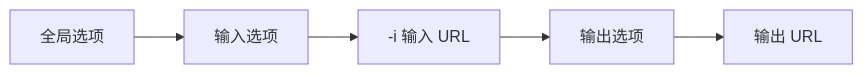
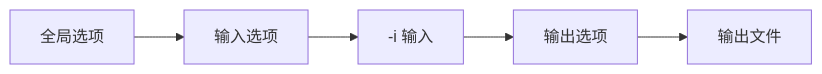
One commit to flycodeu/FlyCodeCenter changed the second of 2 diagrams in src/content/tutorial/ffmpeg/01-核心知识与学习指南.md. Above: the diagram before and after it, drawn with Mermaid. The commit also changed other lines of this file and 10 other files, not shown here.

````diff
--- a/src/content/tutorial/ffmpeg/01-核心知识与学习指南.md
+++ b/src/content/tutorial/ffmpeg/01-核心知识与学习指南.md
@@ -86,7 +92,7 @@
 ```mermaid
 flowchart LR
   A[全局选项] --> B[输入选项]
-  B --> C[-i 输入 URL]
+  B --> C[-i 输入]
   C --> D[输出选项]
-  D --> E[输出 URL]
+  D --> E[输出文件]
 ```
````
